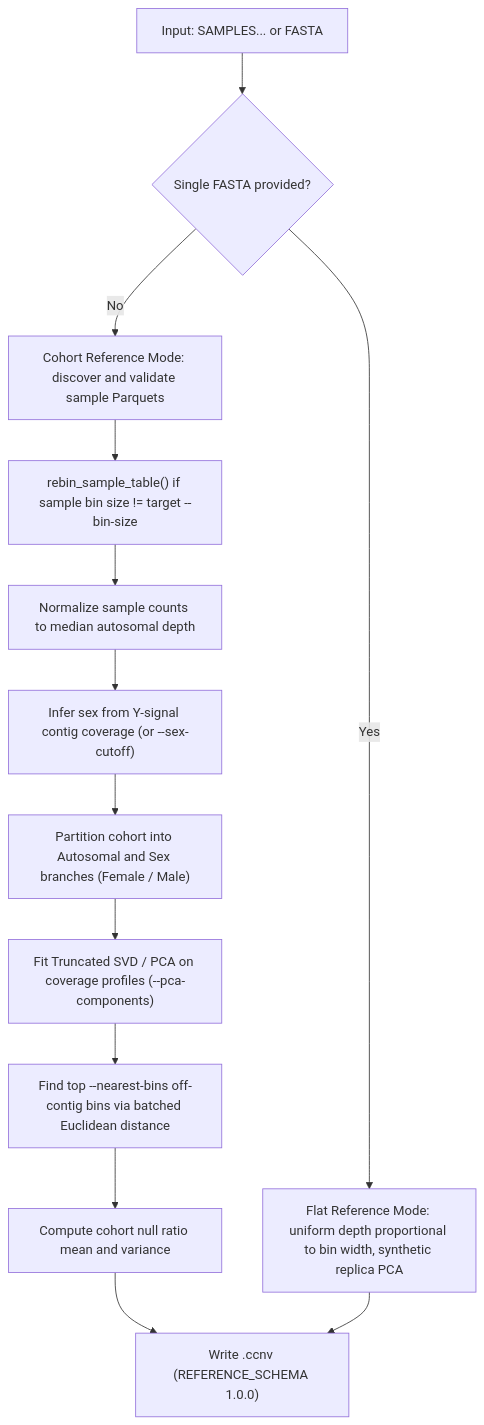
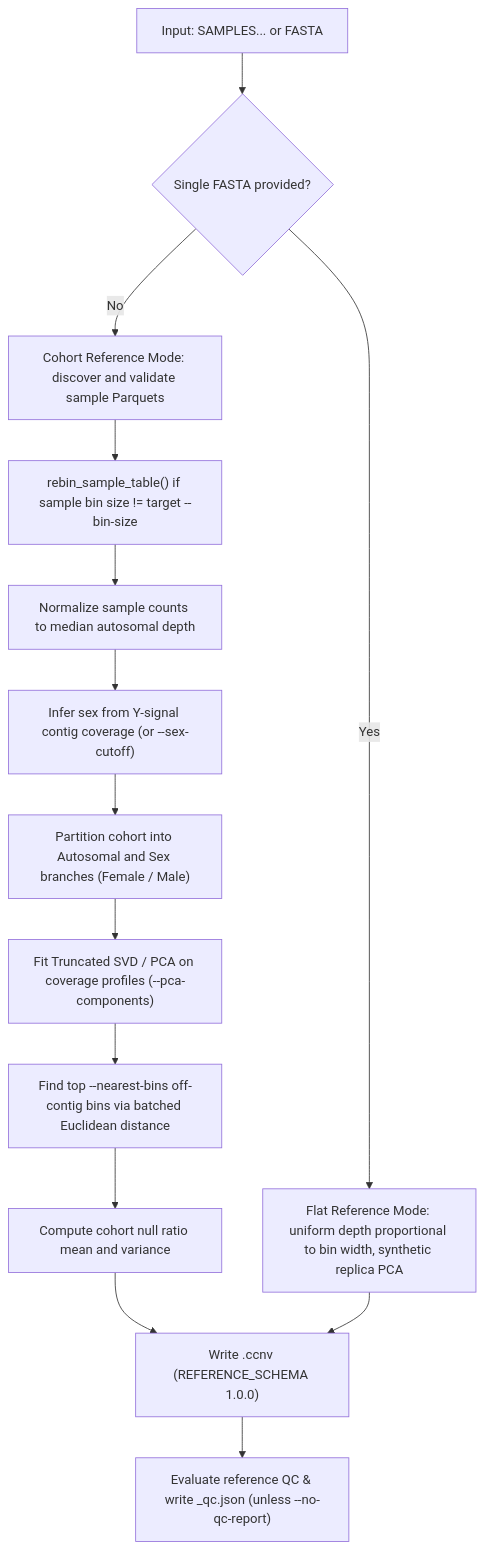
The third of 5 diagrams in docs/pipeline.md (matthdsm/ccnv), drawn with Mermaid before and after one commit. The commit also changed other lines of this file and 11 other files, not shown here.

````diff
--- a/docs/pipeline.md
+++ b/docs/pipeline.md
@@ -59,15 +61,16 @@
 ```mermaid
 flowchart TD
     InputArg["Input: SAMPLES... or FASTA"] --> ModeDecision{"Single FASTA provided?"}
     ModeDecision -- Yes --> FlatMode["Flat Reference Mode: uniform depth proportional to bin width, synthetic replica PCA"]
     ModeDecision -- No --> CohortMode["Cohort Reference Mode: discover and validate sample Parquets"]
     CohortMode --> RebinCheck["rebin_sample_table() if sample bin size != target --bin-size"]
     RebinCheck --> DepthNorm["Normalize sample counts to median autosomal depth"]
     DepthNorm --> SexInference["Infer sex from Y-signal contig coverage (or --sex-cutoff)"]
     SexInference --> BranchPartition["Partition cohort into Autosomal and Sex branches (Female / Male)"]
     BranchPartition --> FitPCA["Fit Truncated SVD / PCA on coverage profiles (--pca-components)"]
     FitPCA --> FitNearest["Find top --nearest-bins off-contig bins via batched Euclidean distance"]
     FitNearest --> FitNull["Compute cohort null ratio mean and variance"]
     FitNull --> WriteRef["Write <prefix>.ccnv (REFERENCE_SCHEMA 1.0.0)"]
+    WriteRef --> WriteQC["Evaluate reference QC & write <prefix>_qc.json (unless --no-qc-report)"]
     FlatMode --> WriteRef
 ```
````
